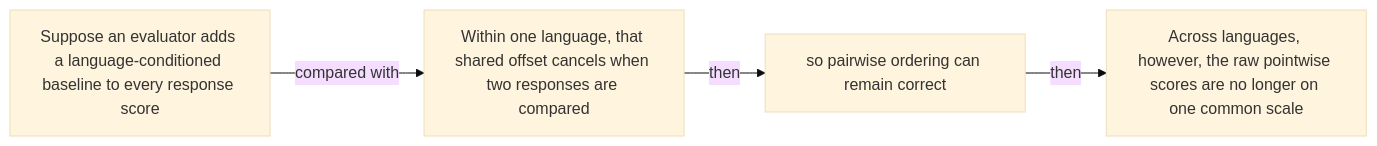
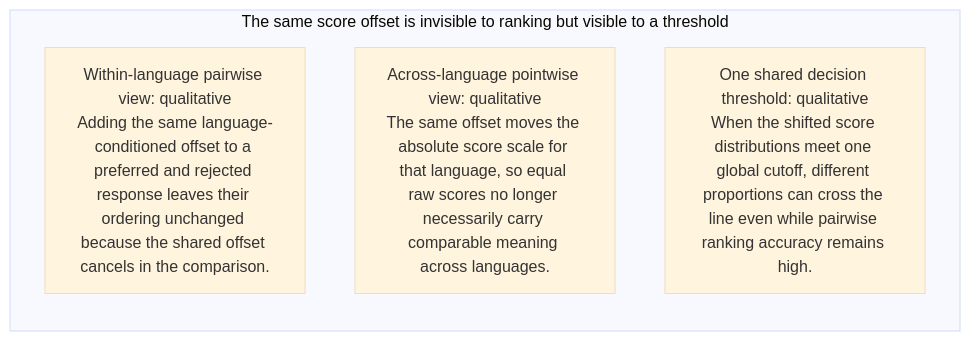
One commit to Betancourt1/paper_atlas changed diagram 13 of 48 in docs/visual-manifests/VISUAL_MANIFEST_LLM_EVALUATORS_LANGUAGES.md. Above: the diagram before and after it, drawn with Mermaid (base theme). The commit also changed other lines of this file and 7 other files, not shown here.

````diff
--- a/docs/visual-manifests/VISUAL_MANIFEST_LLM_EVALUATORS_LANGUAGES.md
+++ b/docs/visual-manifests/VISUAL_MANIFEST_LLM_EVALUATORS_LANGUAGES.md
@@ -1025,10 +1084,8 @@
 ```mermaid
 flowchart LR
-  n1["Suppose an evaluator adds a language-conditioned baseline to every response score"]
-  n2["Within one language, that shared offset cancels when two responses are compared"]
-  n3["so pairwise ordering can remain correct"]
-  n4["Across languages, however, the raw pointwise scores are no longer on one common scale"]
-  n1 -->|"compared with"| n2
-  n2 -->|"then"| n3
-  n3 -->|"then"| n4
+  subgraph p1["The same score offset is invisible to ranking but visible to a threshold"]
+    p1r1["Within-language pairwise view: qualitative<br/>Adding the same language-conditioned offset to a preferred and rejected response leaves their ordering unchanged because the shared offset cancels in the comparison."]
+    p1r2["Across-language pointwise view: qualitative<br/>The same offset moves the absolute score scale for that language, so equal raw scores no longer necessarily carry comparable meaning across languages."]
+    p1r3["One shared decision threshold: qualitative<br/>When the shifted score distributions meet one global cutoff, different proportions can cross the line even while pairwise ranking accuracy remains high."]
+  end
 ```
````
